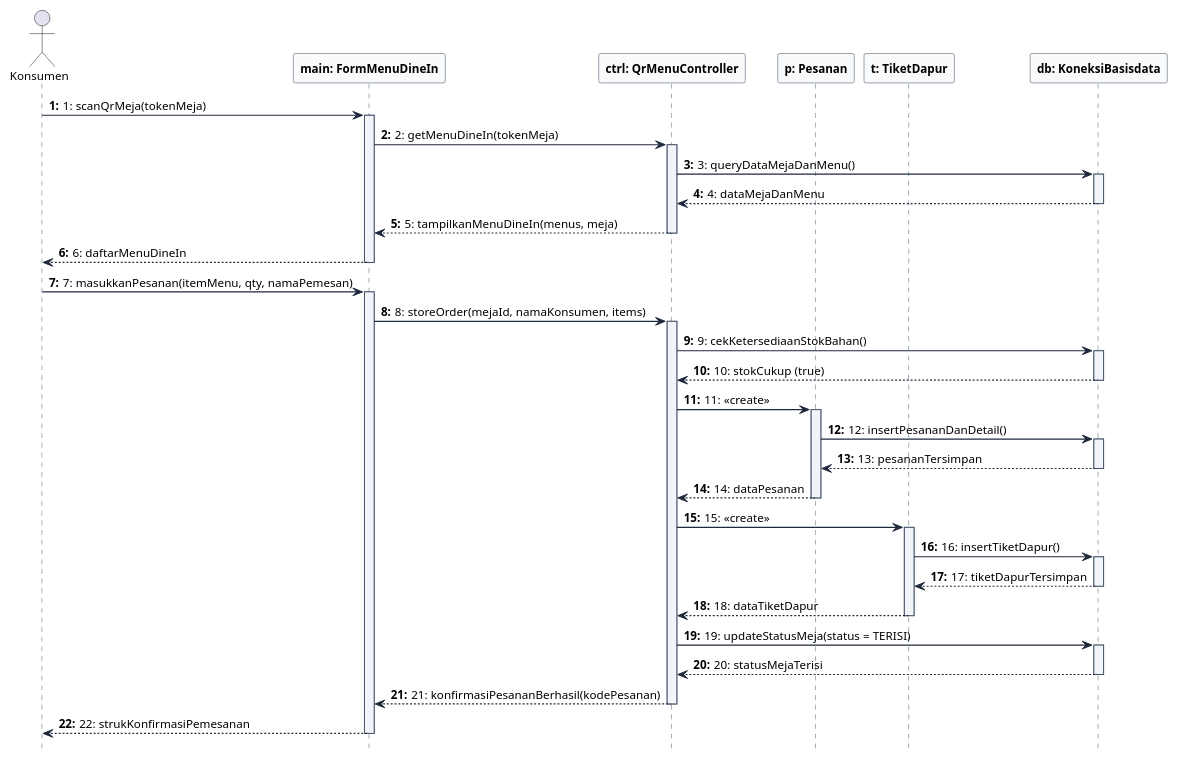
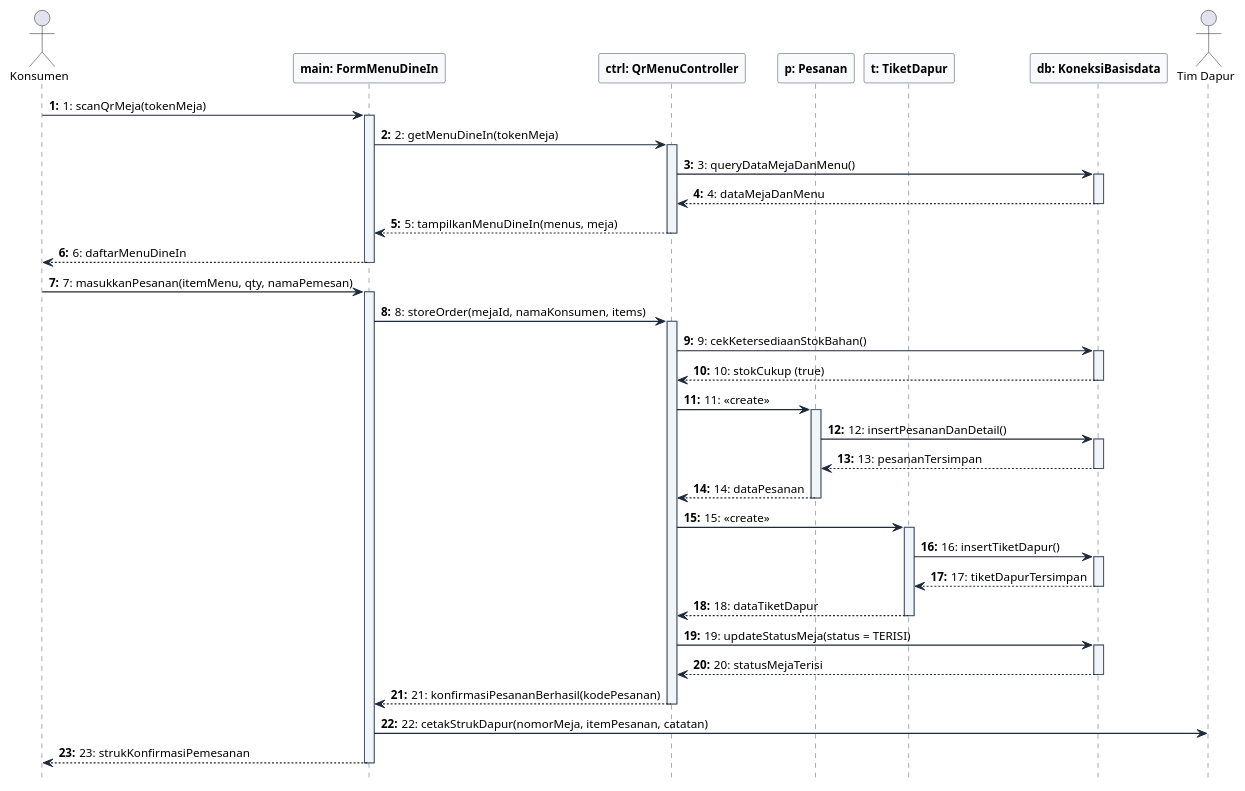
The diagram in docs/sequence_diagram_dinein.puml (shidqie/bbc-resto), drawn with PlantUML before and after one commit.

Commit message:
docs: tambahkan alur cetak struk dapur ke Tim Dapur pada sequence diagram dine in

```diff
--- a/docs/sequence_diagram_dinein.puml
+++ b/docs/sequence_diagram_dinein.puml
@@ -1,84 +1,87 @@
 @startuml sequence_diagram_pemesanan_dinein
 hide footbox
 skinparam backgroundColor #FFFFFF
 skinparam shadowing false
 skinparam roundcorner 4
 skinparam defaultFontName "Helvetica", "Arial", sans-serif
 skinparam defaultFontSize 12
 skinparam sequenceArrowThickness 1.2
 skinparam sequenceArrowColor #1E293B
 skinparam sequenceLifeLineBorderColor #475569
 skinparam sequenceLifeLineBackgroundColor #F1F5F9
 skinparam sequenceParticipantBorderColor #334155
 skinparam sequenceParticipantBackgroundColor #F8FAFC
 skinparam sequenceParticipantFontStyle bold
 
 actor "Konsumen" as k
 participant "main: FormMenuDineIn" as main
 participant "ctrl: QrMenuController" as ctrl
 participant "p: Pesanan" as p
 participant "t: TiketDapur" as t
 participant "db: KoneksiBasisdata" as db
+actor "Tim Dapur" as d
 
 autonumber 1 "<b>0:</b>"
 
 k -> main : 1: scanQrMeja(tokenMeja)
 activate main
 
 main -> ctrl : 2: getMenuDineIn(tokenMeja)
 activate ctrl
 
 ctrl -> db : 3: queryDataMejaDanMenu()
 activate db
 db --> ctrl : 4: dataMejaDanMenu
 deactivate db
 
 ctrl --> main : 5: tampilkanMenuDineIn(menus, meja)
 deactivate ctrl
 
 main --> k : 6: daftarMenuDineIn
 deactivate main
 
 k -> main : 7: masukkanPesanan(itemMenu, qty, namaPemesan)
 activate main
 
 main -> ctrl : 8: storeOrder(mejaId, namaKonsumen, items)
 activate ctrl
 
 ctrl -> db : 9: cekKetersediaanStokBahan()
 activate db
 db --> ctrl : 10: stokCukup (true)
 deactivate db
 
 ctrl -> p : 11: <<create>>
 activate p
 
 p -> db : 12: insertPesananDanDetail()
 activate db
 db --> p : 13: pesananTersimpan
 deactivate db
 p --> ctrl : 14: dataPesanan
 deactivate p
 
 ctrl -> t : 15: <<create>>
 activate t
 
 t -> db : 16: insertTiketDapur()
 activate db
 db --> t : 17: tiketDapurTersimpan
 deactivate db
 t --> ctrl : 18: dataTiketDapur
 deactivate t
 
 ctrl -> db : 19: updateStatusMeja(status = TERISI)
 activate db
 db --> ctrl : 20: statusMejaTerisi
 deactivate db
 
 ctrl --> main : 21: konfirmasiPesananBerhasil(kodePesanan)
 deactivate ctrl
 
-main --> k : 22: strukKonfirmasiPemesanan
+main -> d : 22: cetakStrukDapur(nomorMeja, itemPesanan, catatan)
+
+main --> k : 23: strukKonfirmasiPemesanan
 deactivate main
 
 @enduml
```
